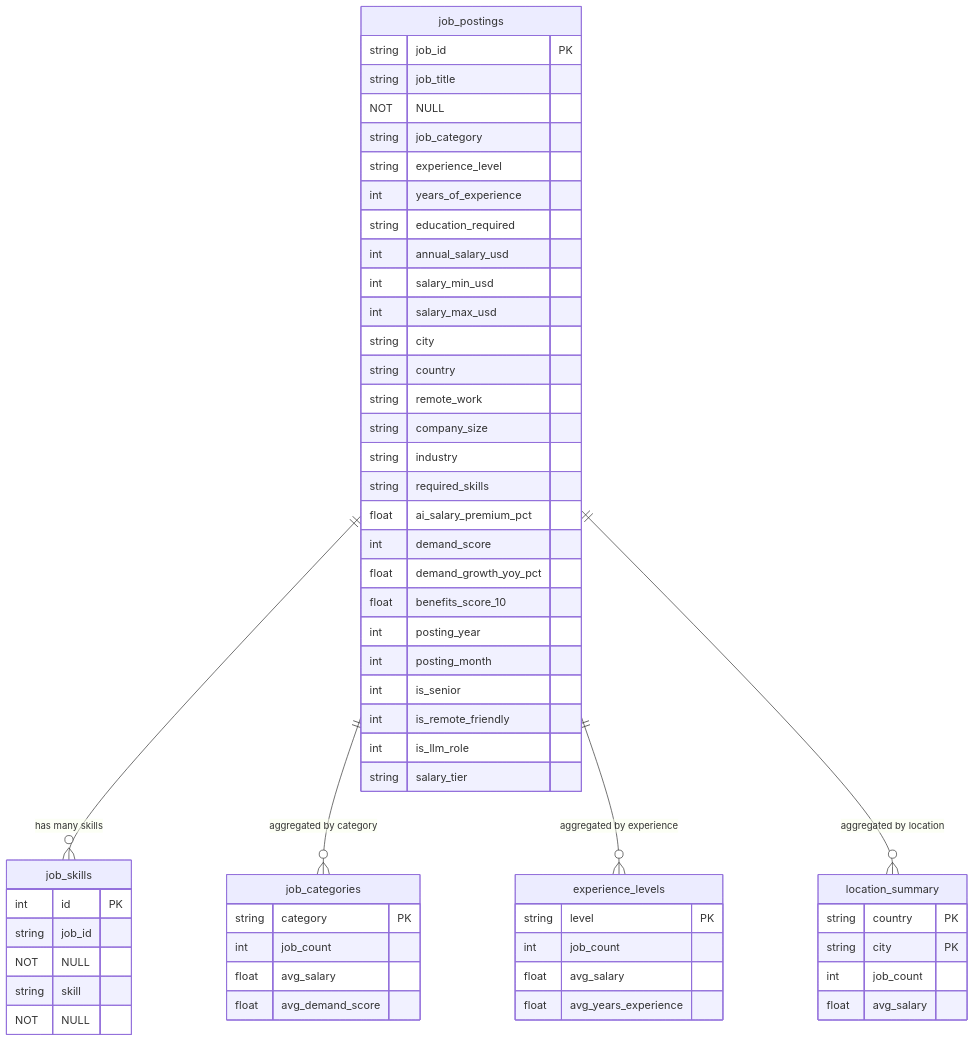
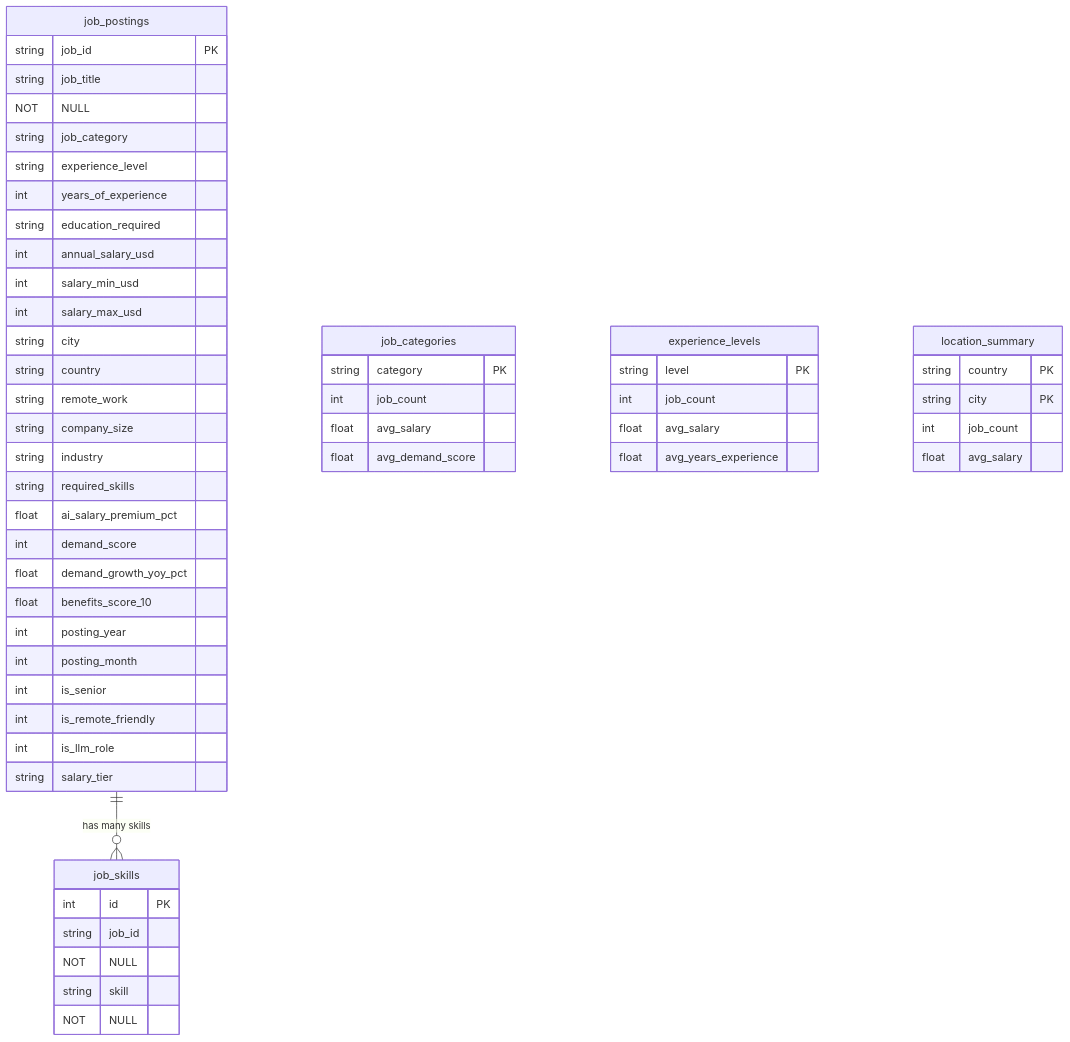
The diagram in db/ER_DIAGRAM.md (flowingx/ai-jobs-data-agent), drawn with Mermaid before and after one commit. The commit also changed 15 other files, not shown here.

````diff
--- a/db/ER_DIAGRAM.md
+++ b/db/ER_DIAGRAM.md
@@ -3,62 +3,62 @@
 ```mermaid
 erDiagram
     job_postings {
         string job_id PK
         string job_title NOT NULL
         string job_category
         string experience_level
         int years_of_experience
         string education_required
         int annual_salary_usd
         int salary_min_usd
         int salary_max_usd
         string city
         string country
         string remote_work
         string company_size
         string industry
         string required_skills
         float ai_salary_premium_pct
         int demand_score
         float demand_growth_yoy_pct
         float benefits_score_10
         int posting_year
         int posting_month
         int is_senior
         int is_remote_friendly
         int is_llm_role
         string salary_tier
     }
 
     job_skills {
         int id PK
         string job_id NOT NULL
         string skill NOT NULL
     }
 
     job_categories {
         string category PK
         int job_count
         float avg_salary
         float avg_demand_score
     }
 
     experience_levels {
         string level PK
         int job_count
         float avg_salary
         float avg_years_experience
     }
 
     location_summary {
         string country PK
         string city PK
         int job_count
         float avg_salary
     }
 
     job_postings ||--o{ job_skills : "has many skills"
-    job_postings ||--o{ job_categories : "aggregated by category"
-    job_postings ||--o{ experience_levels : "aggregated by experience"
-    job_postings ||--o{ location_summary : "aggregated by location"
+
+    %% job_categories, experience_levels, and location_summary are derived summary tables.
+    %% They are regenerated from job_postings and do not have foreign-key relationships.
 ```
````
